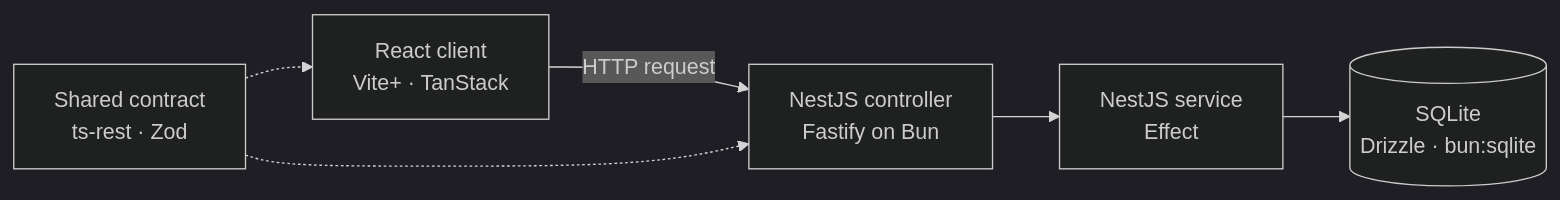
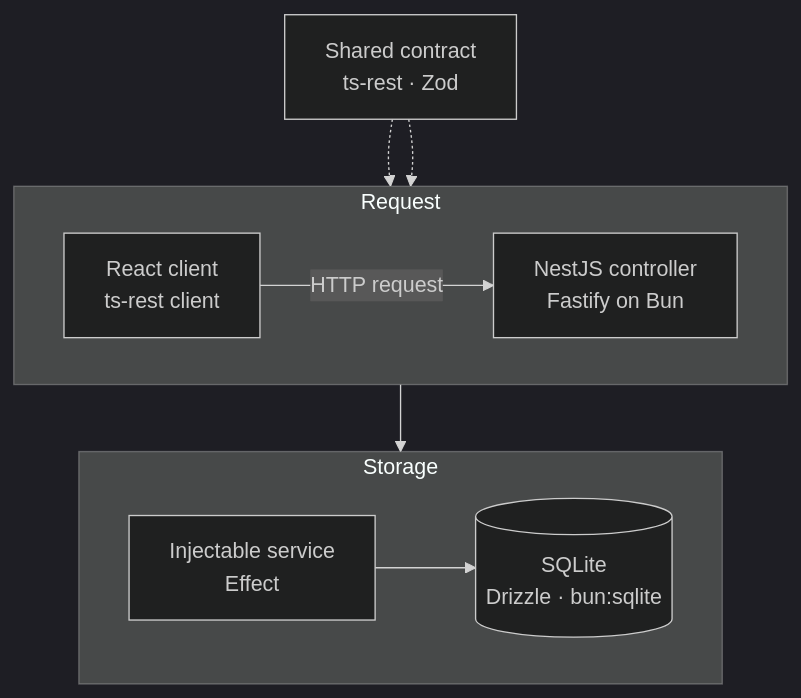
The diagram in architecture.mmd (MH221B/lightweight-web-app-setup), drawn with Mermaid (dark theme) before and after one commit. The commit also changed 1 other file, not shown here.

Commit message:
fix(docs): render the architecture diagram correctly
Regenerate the diagram source and the committed PNG.

```diff
--- a/architecture.mmd
+++ b/architecture.mmd
@@ -1,12 +1,18 @@
-flowchart LR
-  Client[React client<br/>Vite+ · TanStack]
-  API[NestJS controller<br/>Fastify on Bun]
-  Service[NestJS service<br/>Effect]
-  DB[(SQLite<br/>Drizzle · bun:sqlite)]
+flowchart TB
   Contract[Shared contract<br/>ts-rest · Zod]
+  subgraph Request
+    direction LR
+    Client[React client<br/>ts-rest client]
+    API[NestJS controller<br/>Fastify on Bun]
+    Client -->|HTTP request| API
+  end
+  subgraph Storage
+    direction LR
+    Service[Injectable service<br/>Effect]
+    DB[(SQLite<br/>Drizzle · bun:sqlite)]
+    Service --> DB
+  end
 
-  Client -->|HTTP request| API
   API --> Service
-  Service --> DB
   Contract -.-> Client
   Contract -.-> API
```
